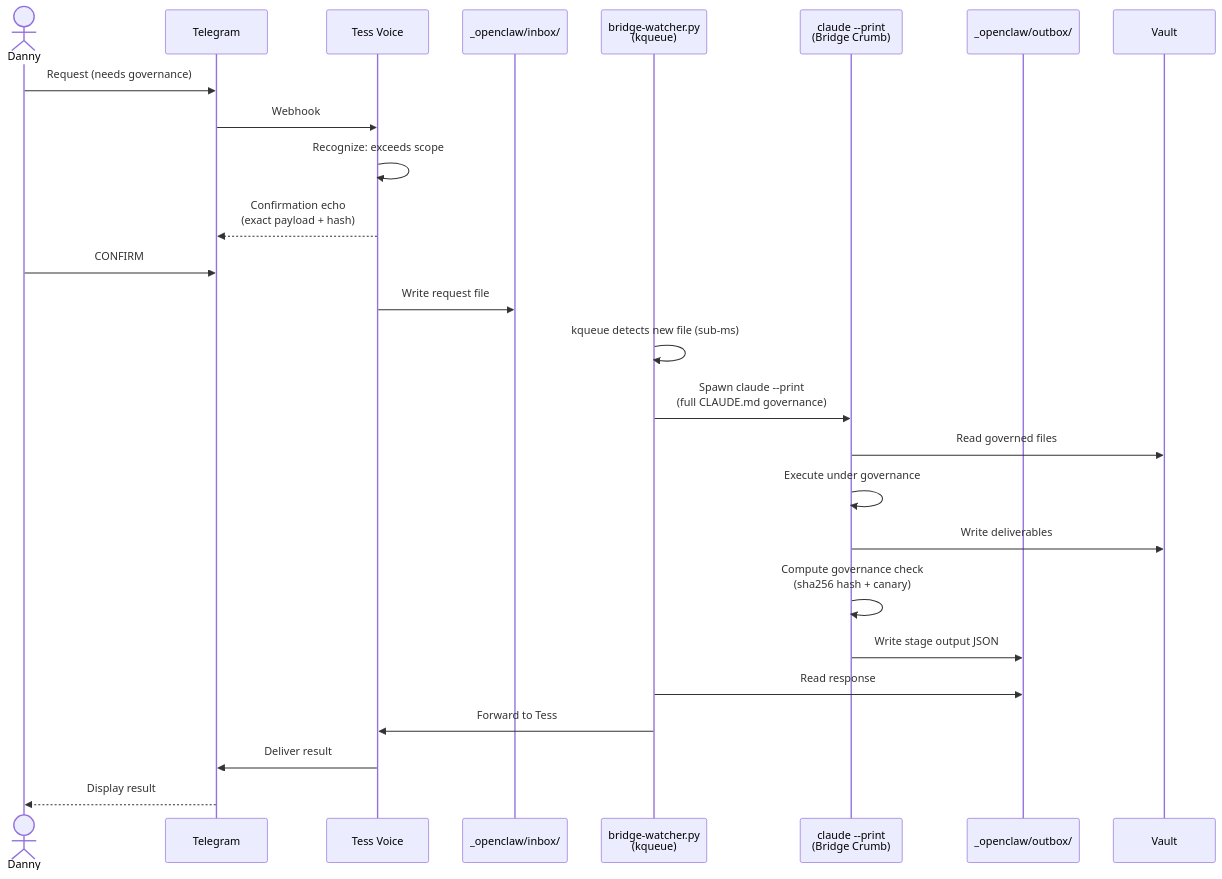
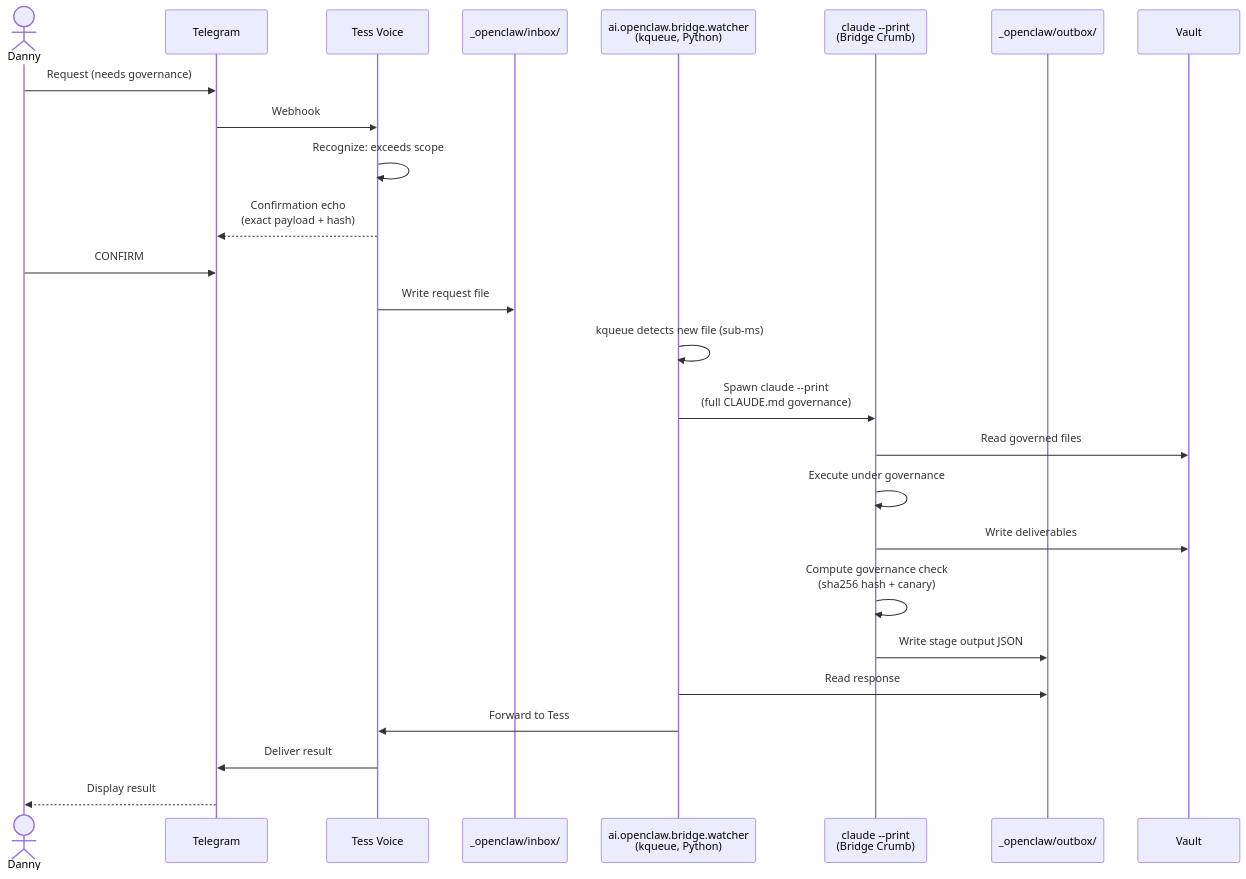
Before and after one commit to djt71/crumb-vault-mirror: the fifth of 6 diagrams in _system/docs/architecture/03-runtime-views.md, drawn with Mermaid. The commit also changed other lines of this file and 15 other files, not shown here.

Commit message:
sync: docs(architecture): M2 refresh — all 6 Arc42 sections updated to 2026-04-11 state

````diff
--- a/_system/docs/architecture/03-runtime-views.md
+++ b/_system/docs/architecture/03-runtime-views.md
@@ -258,33 +260,33 @@
 ```mermaid
 %%{init: {'theme': 'default'}}%%
 sequenceDiagram
     actor Danny
     participant TG as Telegram
     participant TV as Tess Voice
     participant Inbox as _openclaw/inbox/
-    participant BW as bridge-watcher.py<br/>(kqueue)
+    participant BW as ai.openclaw.bridge.watcher<br/>(kqueue, Python)
     participant CC as claude --print<br/>(Bridge Crumb)
     participant Outbox as _openclaw/outbox/
     participant Vault
 
     Danny->>TG: Request (needs governance)
     TG->>TV: Webhook
     TV->>TV: Recognize: exceeds scope
     TV-->>TG: Confirmation echo<br/>(exact payload + hash)
     Danny->>TG: CONFIRM
 
     TV->>Inbox: Write request file
     BW->>BW: kqueue detects new file (sub-ms)
     BW->>CC: Spawn claude --print<br/>(full CLAUDE.md governance)
 
     CC->>Vault: Read governed files
     CC->>CC: Execute under governance
     CC->>Vault: Write deliverables
     CC->>CC: Compute governance check<br/>(sha256 hash + canary)
     CC->>Outbox: Write stage output JSON
 
     BW->>Outbox: Read response
     BW->>TV: Forward to Tess
     TV->>TG: Deliver result
     TG-->>Danny: Display result
 ```
````
